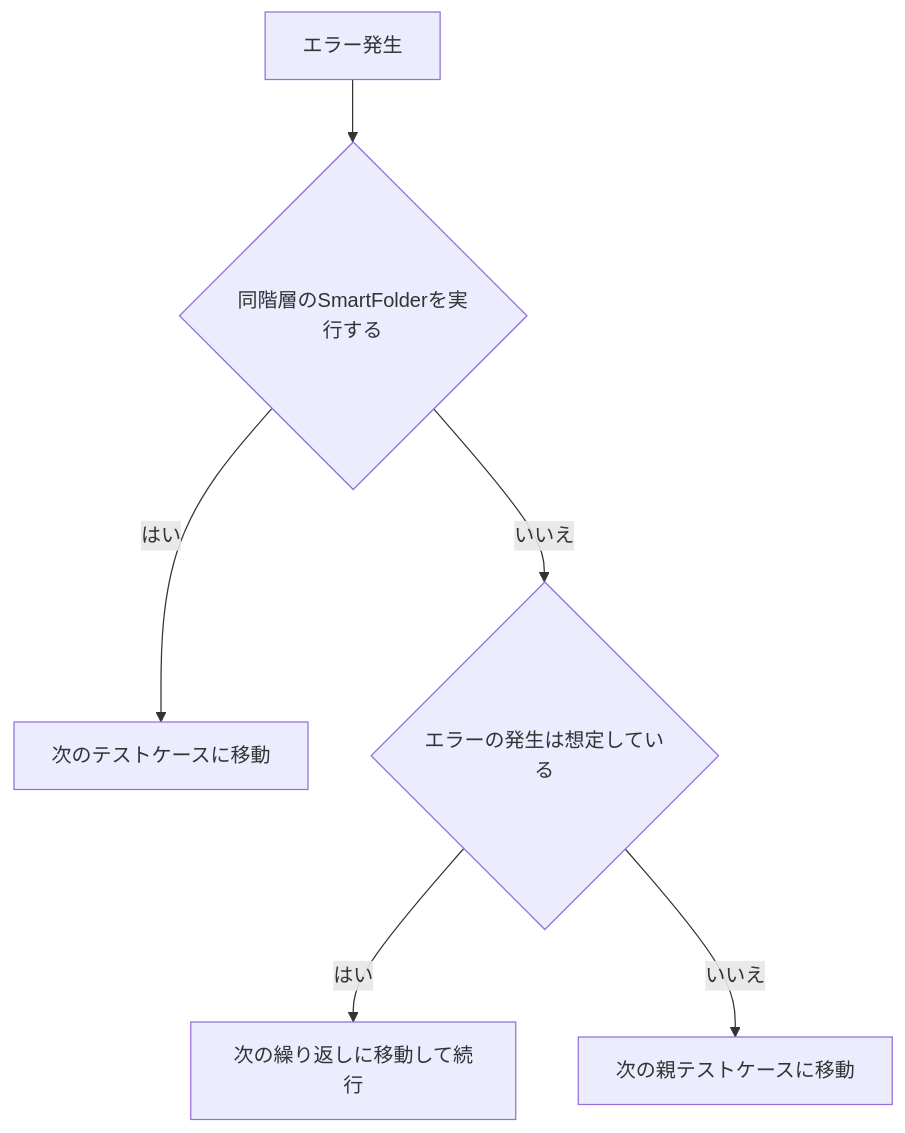
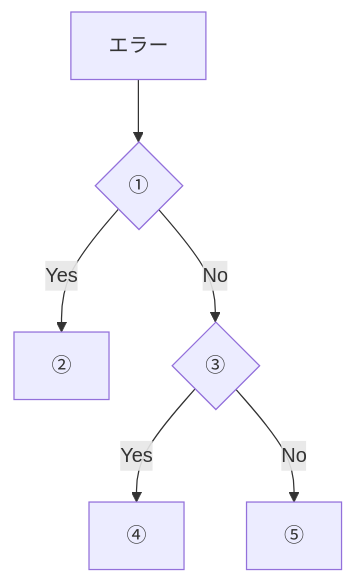
The diagram in README.md (j-sasaki-nkc/Flowchart), drawn with Mermaid before and after one commit. The commit also changed other lines of this file, not shown here.

````diff
--- a/README.md
+++ b/README.md
@@ -6,12 +6,11 @@
 ```mermaid
 flowchart TD
-    A[エラー発生] --> B{同階層のSmartFolderを実行する}
+    A[エラー]
+    A --> B{①}
 
-    B -- はい --> C["次のテストケースに移動"]
+    B -->|Yes| C[②]
+    B -->|No| D{③}
 
-    B -- いいえ --> D{エラーの発生は想定している}
-
-    D -- はい --> E["次の繰り返しに移動して続行"]
-
-    D -- いいえ --> F["次の親テストケースに移動"]
+    D -->|Yes| E[④]
+    D -->|No| F[⑤]
 ```
````
